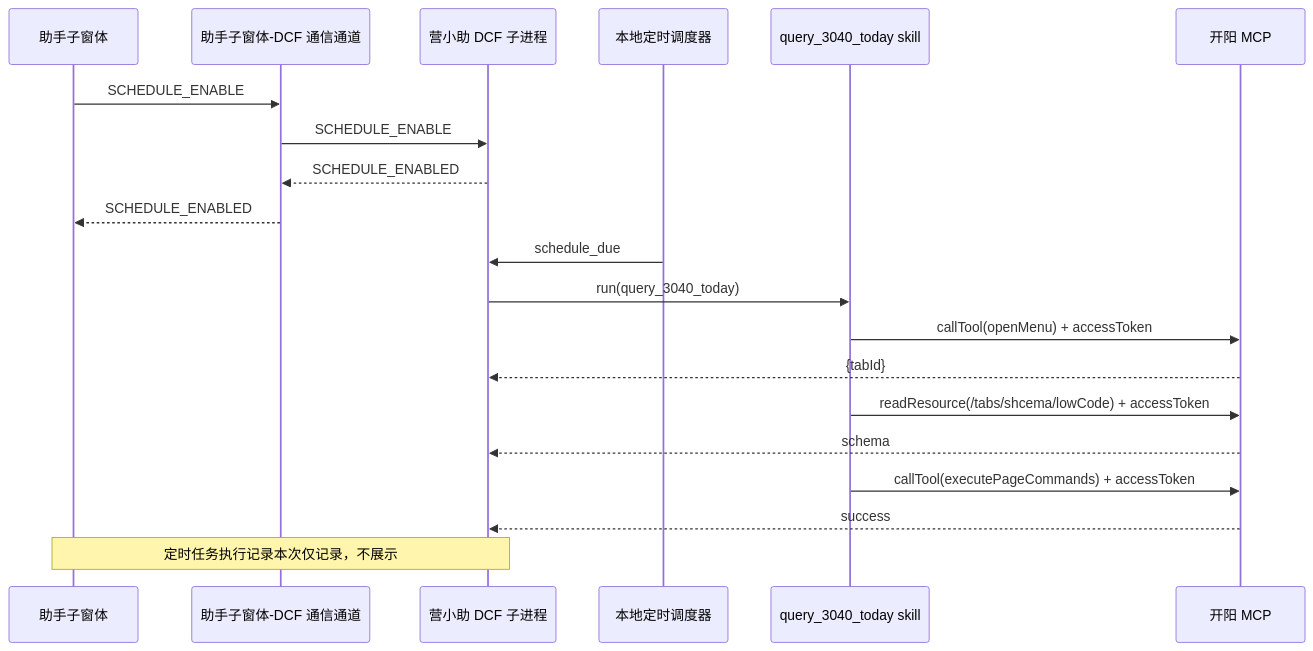
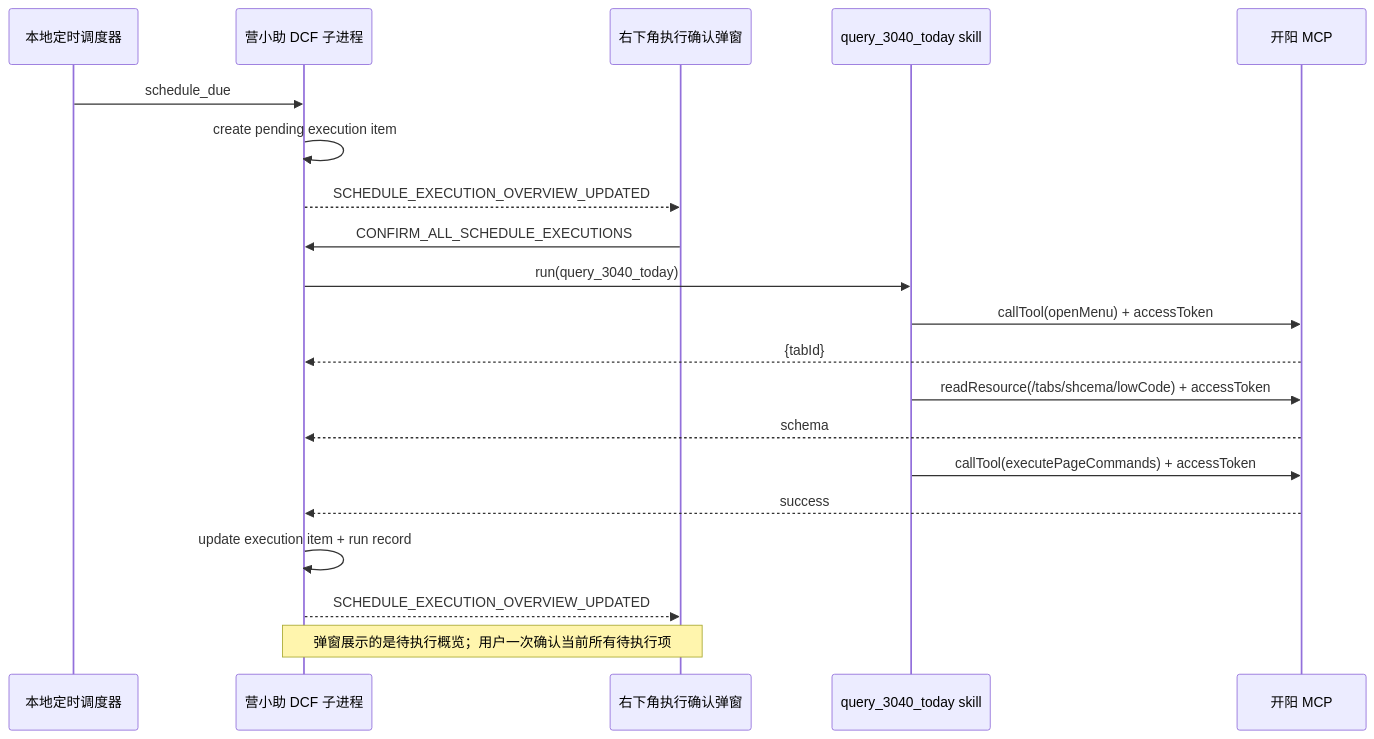
Before and after one commit to gaikin/yxz-agent: the eighth of 8 diagrams in docs/dcf-frontend-detailed-design.md, drawn with Mermaid. The commit also changed other lines of this file and 4 other files, not shown here.

Commit message:
Refine schedule confirmation flow and popup events

````diff
--- a/docs/dcf-frontend-detailed-design.md
+++ b/docs/dcf-frontend-detailed-design.md
@@ -1084,25 +1155,24 @@
 ```mermaid
 sequenceDiagram
-    participant UI as 助手子窗体
-    participant CH as 助手子窗体-DCF 通信通道
+    participant SCH as 本地定时调度器
     participant DCF as 营小助 DCF 子进程
-    participant SCH as 本地定时调度器
+    participant POP as 右下角执行确认弹窗
     participant SKILL as query_3040_today skill
     participant KY as 开阳 MCP
 
-    UI->>CH: SCHEDULE_ENABLE
-    CH->>DCF: SCHEDULE_ENABLE
-    DCF-->>CH: SCHEDULE_ENABLED
-    CH-->>UI: SCHEDULE_ENABLED
-
     SCH->>DCF: schedule_due
+    DCF->>DCF: create pending execution item
+    DCF-->>POP: SCHEDULE_EXECUTION_OVERVIEW_UPDATED
+    POP->>DCF: CONFIRM_ALL_SCHEDULE_EXECUTIONS
     DCF->>SKILL: run(query_3040_today)
     SKILL->>KY: callTool(openMenu) + accessToken
     KY-->>DCF: {tabId}
     SKILL->>KY: readResource(/tabs/shcema/lowCode) + accessToken
     KY-->>DCF: schema
     SKILL->>KY: callTool(executePageCommands) + accessToken
     KY-->>DCF: success
+    DCF->>DCF: update execution item + run record
+    DCF-->>POP: SCHEDULE_EXECUTION_OVERVIEW_UPDATED
 
-    Note over UI,DCF: 定时任务执行记录本次仅记录，不展示
+    Note over POP,DCF: 弹窗展示的是待执行概览；用户一次确认当前所有待执行项
 ```
````
